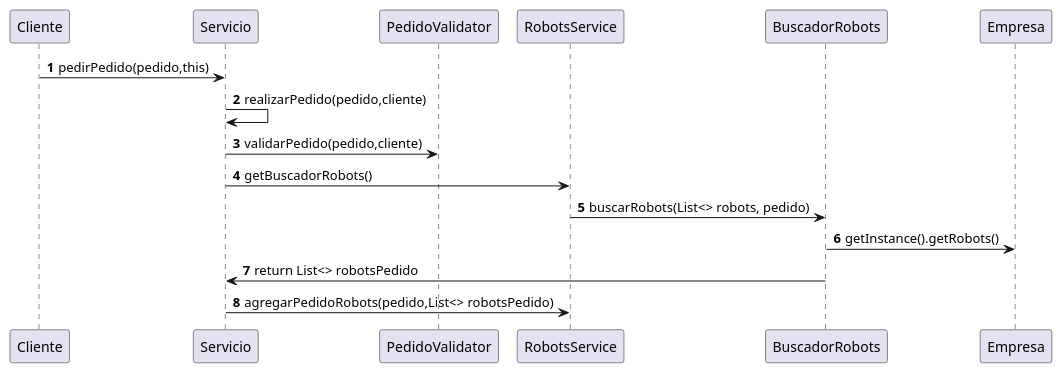
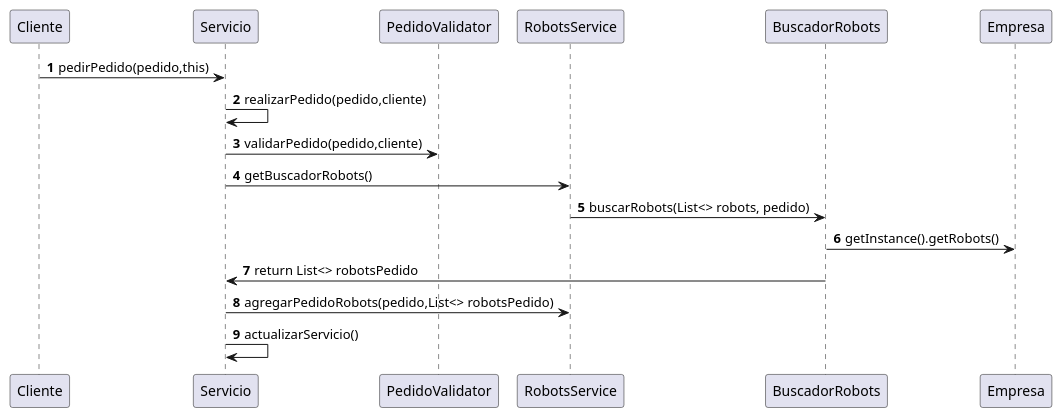
Before and after one commit to bacarvalho/TrabajoPractico: the diagram in src/main/java/com/grupo4/trabajo/Diagramas/diagrama_secuencia_realizarPedido.puml, drawn with PlantUML. The commit also changed 4 other files, not shown here.

```diff
--- a/src/main/java/com/grupo4/trabajo/Diagramas/diagrama_secuencia_realizarPedido.puml
+++ b/src/main/java/com/grupo4/trabajo/Diagramas/diagrama_secuencia_realizarPedido.puml
@@ -1,17 +1,18 @@
 @startuml
 'https://plantuml.com/sequence-diagram
 
 autonumber
 
 Cliente -> Servicio: pedirPedido(pedido,this)
 Servicio-> Servicio: realizarPedido(pedido,cliente)
 Servicio-> PedidoValidator: validarPedido(pedido,cliente)
 Servicio-> RobotsService: getBuscadorRobots()
 RobotsService -> BuscadorRobots: buscarRobots(List<> robots, pedido)
 BuscadorRobots -> Empresa: getInstance().getRobots()
 BuscadorRobots -> Servicio: return List<> robotsPedido
 Servicio -> RobotsService: agregarPedidoRobots(pedido,List<> robotsPedido)
+Servicio -> Servicio: actualizarServicio()
 
 
 
 @enduml
```
